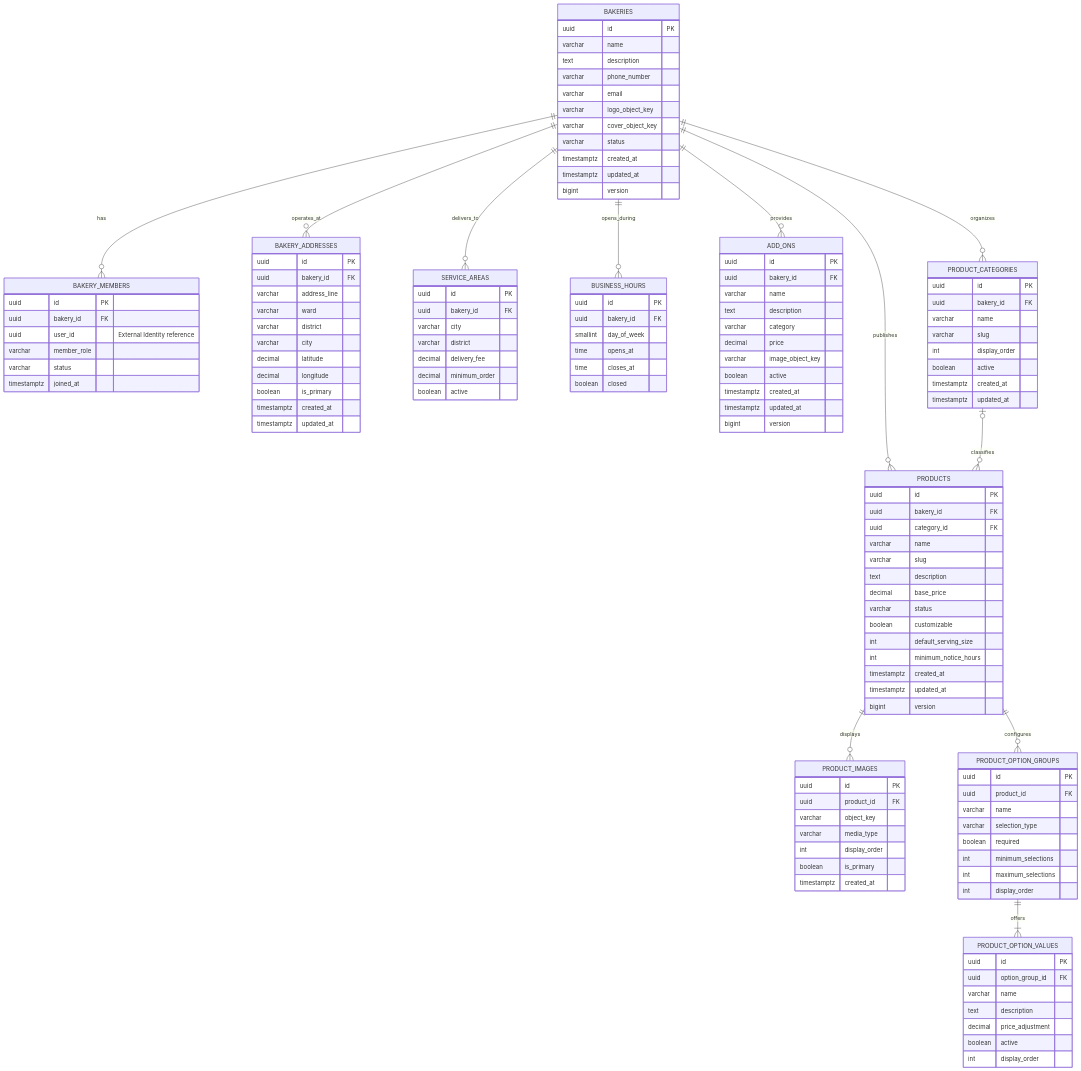
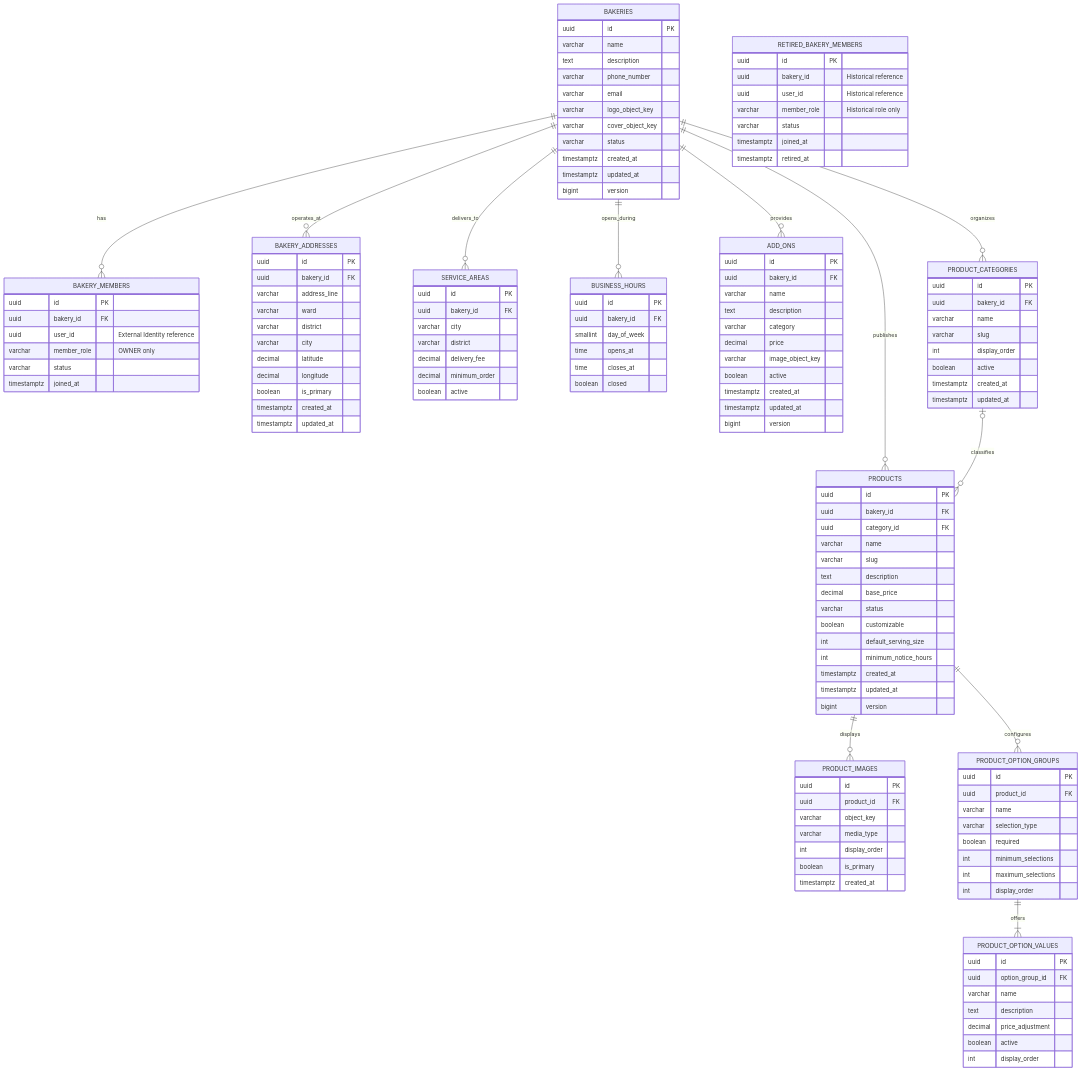
One commit to leminhkhoi-james/Bakery-Platform changed the diagram in docs/erd/02-bakery-service-logical.mmd. Above: the diagram before and after it, drawn with Mermaid. The commit also changed 49 other files, not shown here.

Commit message:
Implement owner-only authorization across platform roles, bakery memberships, and service integrations; retire legacy staff/manager roles.

```diff
--- a/docs/erd/02-bakery-service-logical.mmd
+++ b/docs/erd/02-bakery-service-logical.mmd
@@ -1,141 +1,151 @@
 erDiagram
     BAKERIES {
         uuid id PK
         varchar name
         text description
         varchar phone_number
         varchar email
         varchar logo_object_key
         varchar cover_object_key
         varchar status
         timestamptz created_at
         timestamptz updated_at
         bigint version
     }
 
     BAKERY_MEMBERS {
         uuid id PK
         uuid bakery_id FK
         uuid user_id "External Identity reference"
-        varchar member_role
+        varchar member_role "OWNER only"
         varchar status
         timestamptz joined_at
+    }
+
+    RETIRED_BAKERY_MEMBERS {
+        uuid id PK
+        uuid bakery_id "Historical reference"
+        uuid user_id "Historical reference"
+        varchar member_role "Historical role only"
+        varchar status
+        timestamptz joined_at
+        timestamptz retired_at
     }
 
     BAKERY_ADDRESSES {
         uuid id PK
         uuid bakery_id FK
         varchar address_line
         varchar ward
         varchar district
         varchar city
         decimal latitude
         decimal longitude
         boolean is_primary
         timestamptz created_at
         timestamptz updated_at
     }
 
     SERVICE_AREAS {
         uuid id PK
         uuid bakery_id FK
         varchar city
         varchar district
         decimal delivery_fee
         decimal minimum_order
         boolean active
     }
 
     BUSINESS_HOURS {
         uuid id PK
         uuid bakery_id FK
         smallint day_of_week
         time opens_at
         time closes_at
         boolean closed
     }
 
     ADD_ONS {
         uuid id PK
         uuid bakery_id FK
         varchar name
         text description
         varchar category
         decimal price
         varchar image_object_key
         boolean active
         timestamptz created_at
         timestamptz updated_at
         bigint version
     }
 
     PRODUCT_CATEGORIES {
         uuid id PK
         uuid bakery_id FK
         varchar name
         varchar slug
         int display_order
         boolean active
         timestamptz created_at
         timestamptz updated_at
     }
 
     PRODUCTS {
         uuid id PK
         uuid bakery_id FK
         uuid category_id FK
         varchar name
         varchar slug
         text description
         decimal base_price
         varchar status
         boolean customizable
         int default_serving_size
         int minimum_notice_hours
         timestamptz created_at
         timestamptz updated_at
         bigint version
     }
 
     PRODUCT_IMAGES {
         uuid id PK
         uuid product_id FK
         varchar object_key
         varchar media_type
         int display_order
         boolean is_primary
         timestamptz created_at
     }
 
     PRODUCT_OPTION_GROUPS {
         uuid id PK
         uuid product_id FK
         varchar name
         varchar selection_type
         boolean required
         int minimum_selections
         int maximum_selections
         int display_order
     }
 
     PRODUCT_OPTION_VALUES {
         uuid id PK
         uuid option_group_id FK
         varchar name
         text description
         decimal price_adjustment
         boolean active
         int display_order
     }
 
     BAKERIES ||--o{ BAKERY_MEMBERS : has
     BAKERIES ||--o{ BAKERY_ADDRESSES : operates_at
     BAKERIES ||--o{ SERVICE_AREAS : delivers_to
     BAKERIES ||--o{ BUSINESS_HOURS : opens_during
     BAKERIES ||--o{ ADD_ONS : provides
     BAKERIES ||--o{ PRODUCT_CATEGORIES : organizes
     BAKERIES ||--o{ PRODUCTS : publishes
     PRODUCT_CATEGORIES o|--o{ PRODUCTS : classifies
     PRODUCTS ||--o{ PRODUCT_IMAGES : displays
     PRODUCTS ||--o{ PRODUCT_OPTION_GROUPS : configures
     PRODUCT_OPTION_GROUPS ||--|{ PRODUCT_OPTION_VALUES : offers
```
